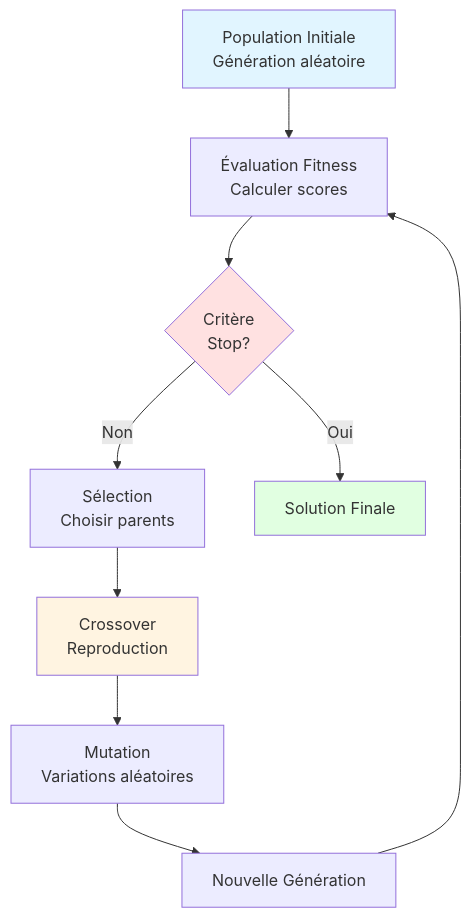
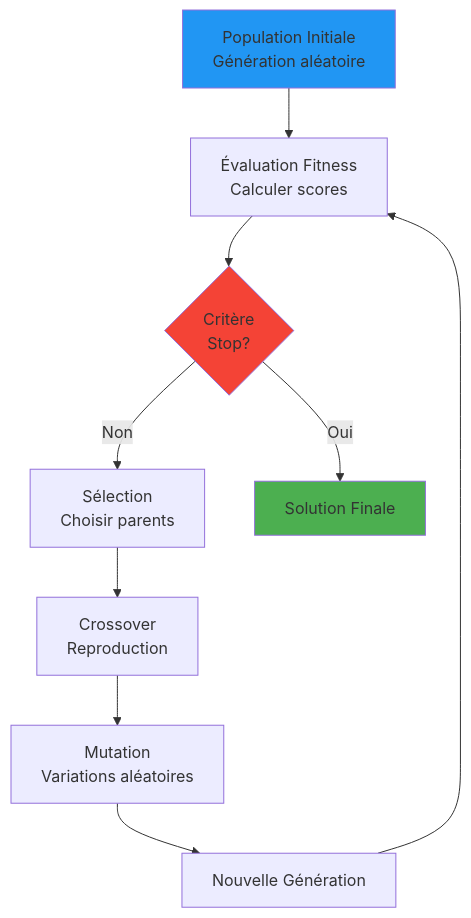
Before and after one commit to VBlackJack/ShellBook: the diagram in docs/ai/genetic-algos.md, drawn with Mermaid. The commit also changed other lines of this file and 337 other files, not shown here.

First line of the commit message:
refactor(docs): Standardize code blocks and Mermaid colors

````diff
--- a/docs/ai/genetic-algos.md
+++ b/docs/ai/genetic-algos.md
@@ -18,16 +18,16 @@
 ```mermaid
 graph TB
     A[Population Initiale<br/>Génération aléatoire] --> B[Évaluation Fitness<br/>Calculer scores]
     B --> C{Critère<br/>Stop?}
     C -->|Non| D[Sélection<br/>Choisir parents]
     C -->|Oui| Z[Solution Finale]
     D --> E[Crossover<br/>Reproduction]
     E --> F[Mutation<br/>Variations aléatoires]
     F --> G[Nouvelle Génération]
     G --> B
 
-    style A fill:#e1f5ff
-    style C fill:#ffe1e1
-    style Z fill:#e1ffe1
-    style E fill:#fff4e1
+    style A fill:#2196F3
+    style C fill:#f44336
+    style Z fill:#4CAF50
+    style E fill:#FF9800800800
 ```
````
